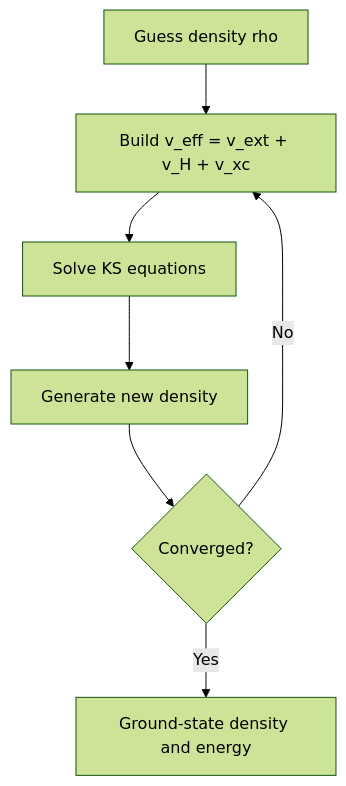
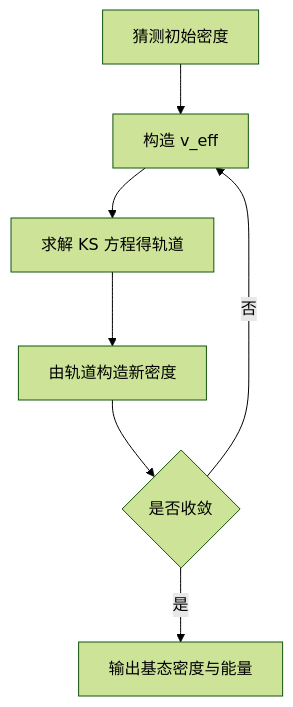
One commit to sunhl4/PandM changed diagram 15 of 20 in materials/learning/classical-chem/learning/量子化学理论基础与方法_合并本.md. Above: the diagram before and after it, drawn with Mermaid (forest theme). The commit also changed other lines of this file and 3 other files, not shown here.

````diff
--- a/materials/learning/classical-chem/learning/量子化学理论基础与方法_合并本.md
+++ b/materials/learning/classical-chem/learning/量子化学理论基础与方法_合并本.md
@@ -5449,9 +4920,9 @@
 ```mermaid
 flowchart TD
-    A[Guess density rho] --> B[Build v_eff = v_ext + v_H + v_xc]
-    B --> C[Solve KS equations]
-    C --> D[Generate new density]
-    D --> E{Converged?}
-    E -- No --> B
-    E -- Yes --> F[Ground-state density and energy]
+    A["猜测初始密度"] --> B["构造 v_eff"]
+    B --> C["求解 KS 方程得轨道"]
+    C --> D["由轨道构造新密度"]
+    D --> E{"是否收敛"}
+    E -->|否| B
+    E -->|是| F["输出基态密度与能量"]
 ```
````
